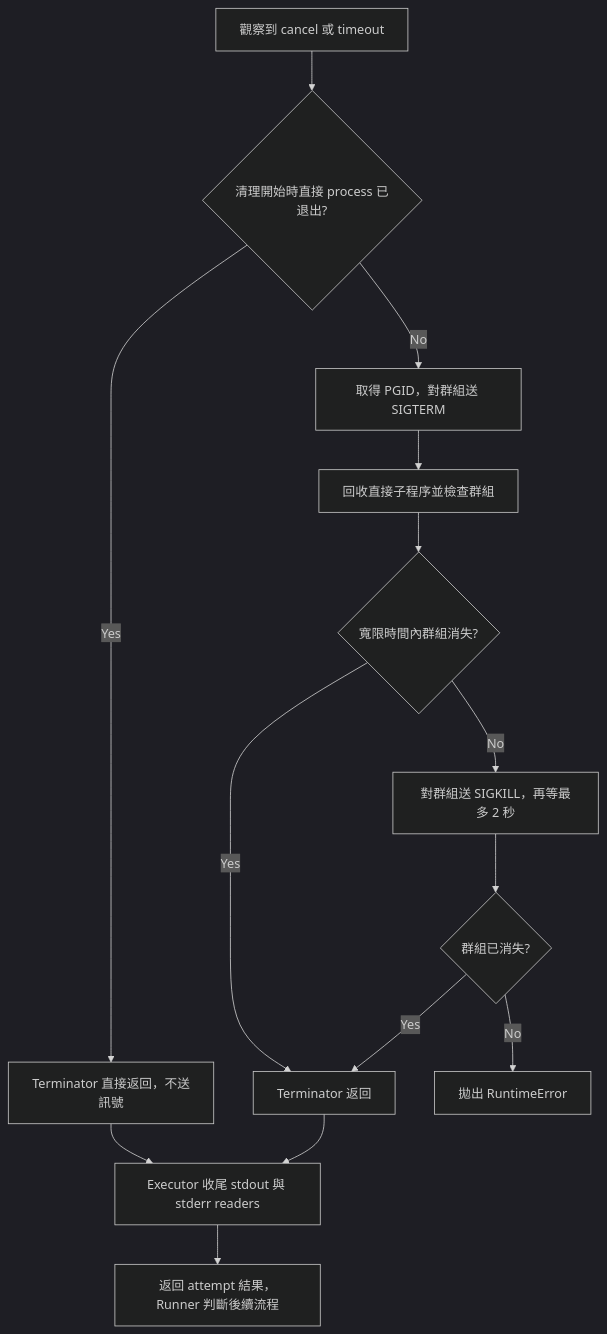
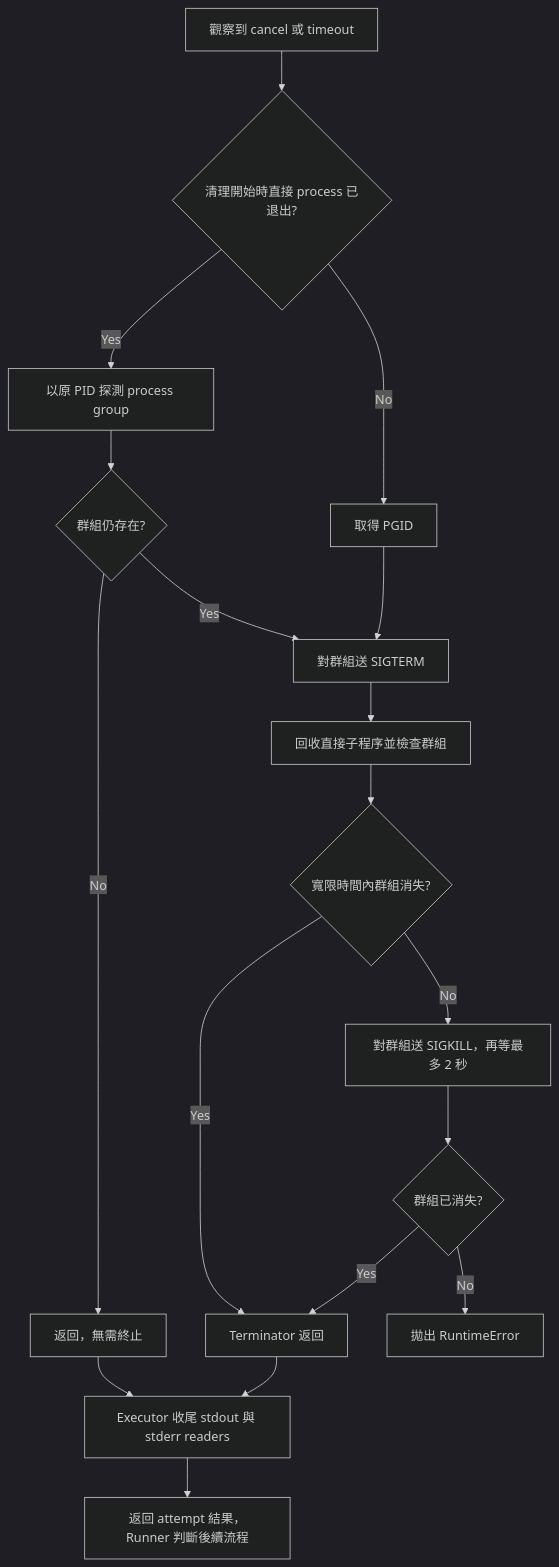
Before and after one commit to andrew771027/DeviceTestRunner: the diagram in docs/process_lifecycle.md, drawn with Mermaid (dark theme). The commit also changed other lines of this file and 29 other files, not shown here.

````diff
--- a/docs/process_lifecycle.md
+++ b/docs/process_lifecycle.md
@@ -44,16 +52,20 @@
 ```mermaid
 flowchart TD
     A[觀察到 cancel 或 timeout] --> B{清理開始時直接 process 已退出?}
-    B -- Yes --> C[Terminator 直接返回，不送訊號]
-    B -- No --> D[取得 PGID，對群組送 SIGTERM]
+    B -- Yes --> P[以原 PID 探測 process group]
+    P --> Q{群組仍存在?}
+    Q -- No --> C[返回，無需終止]
+    Q -- Yes --> D[對群組送 SIGTERM]
+    B -- No --> O[取得 PGID]
+    O --> D
     D --> E[回收直接子程序並檢查群組]
     E --> F{寬限時間內群組消失?}
     F -- Yes --> G[Terminator 返回]
     F -- No --> H[對群組送 SIGKILL，再等最多 2 秒]
     H --> I{群組已消失?}
     I -- Yes --> G
     I -- No --> J[拋出 RuntimeError]
     C --> K[Executor 收尾 stdout 與 stderr readers]
     G --> K
     K --> L[返回 attempt 結果，Runner 判斷後續流程]
 ```
````
